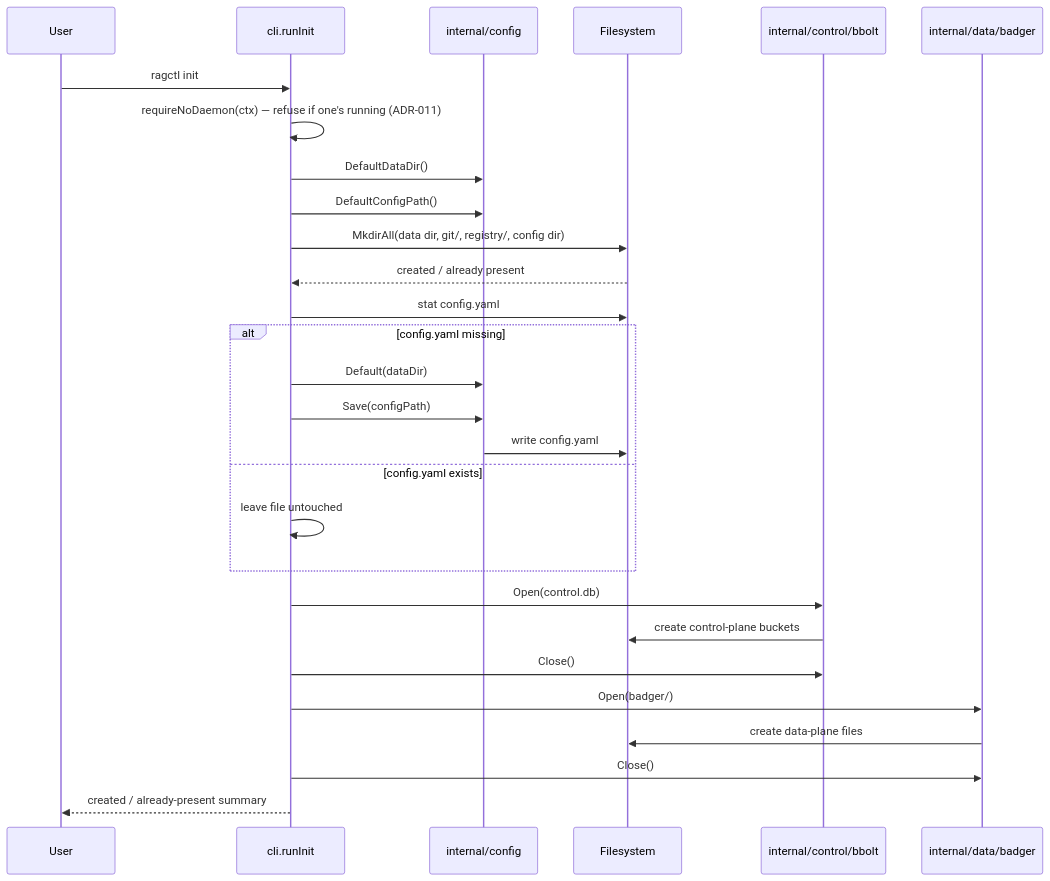
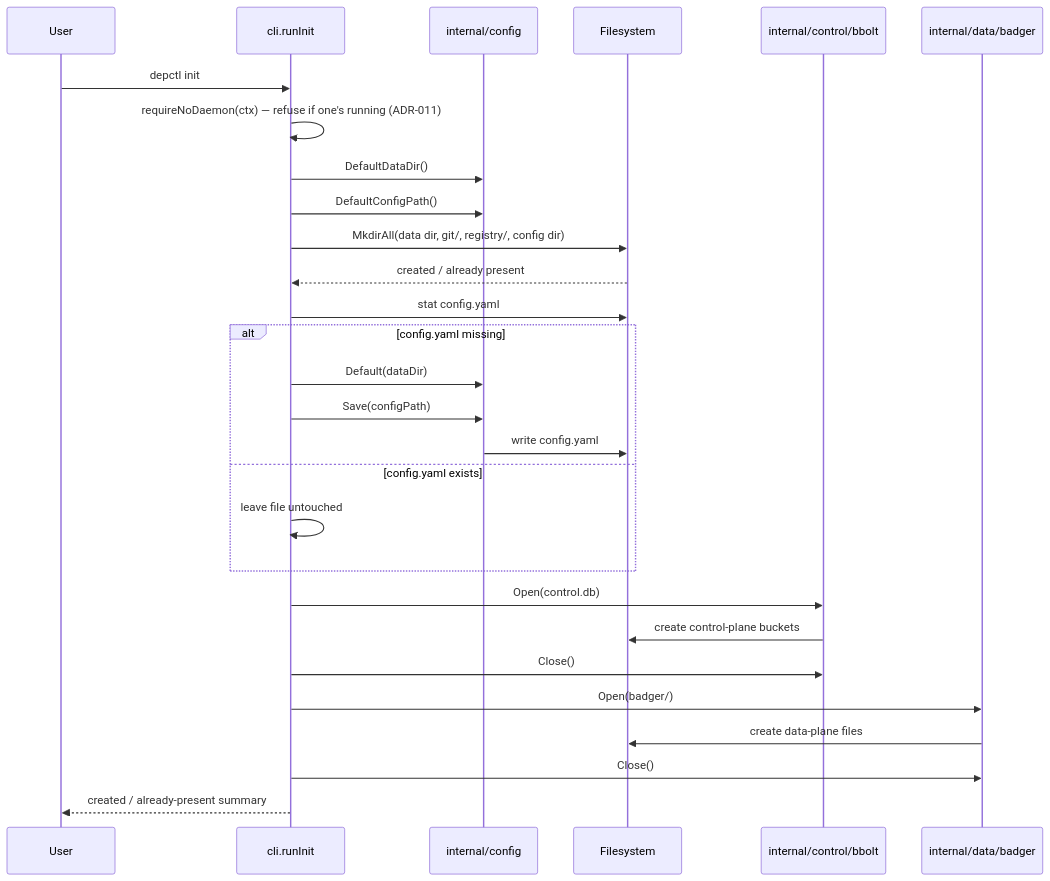
Before and after one commit to aleutian-ai/depctl: the third of 16 diagrams in docs/architecture.md, drawn with Mermaid. The commit also changed other lines of this file and 588 other files, not shown here.

Commit message:
Rename ragctl to depctl: binary, module github.com/aleutian-ai/depctl, paths, env vars, metrics, MCP name, docs

````diff
--- a/docs/architecture.md
+++ b/docs/architecture.md
@@ -159,31 +159,31 @@
 ```mermaid
 sequenceDiagram
     participant User
     participant CLI as cli.runInit
     participant Config as internal/config
     participant FS as Filesystem
     participant Bbolt as internal/control/bbolt
     participant Badger as internal/data/badger
 
-    User->>CLI: ragctl init
+    User->>CLI: depctl init
     CLI->>CLI: requireNoDaemon(ctx) — refuse if one's running (ADR-011)
     CLI->>Config: DefaultDataDir()
     CLI->>Config: DefaultConfigPath()
     CLI->>FS: MkdirAll(data dir, git/, registry/, config dir)
     FS-->>CLI: created / already present
     CLI->>FS: stat config.yaml
     alt config.yaml missing
         CLI->>Config: Default(dataDir)
         CLI->>Config: Save(configPath)
         Config->>FS: write config.yaml
     else config.yaml exists
         CLI->>CLI: leave file untouched
     end
     CLI->>Bbolt: Open(control.db)
     Bbolt->>FS: create control-plane buckets
     CLI->>Bbolt: Close()
     CLI->>Badger: Open(badger/)
     Badger->>FS: create data-plane files
     CLI->>Badger: Close()
     CLI-->>User: created / already-present summary
 ```
````
